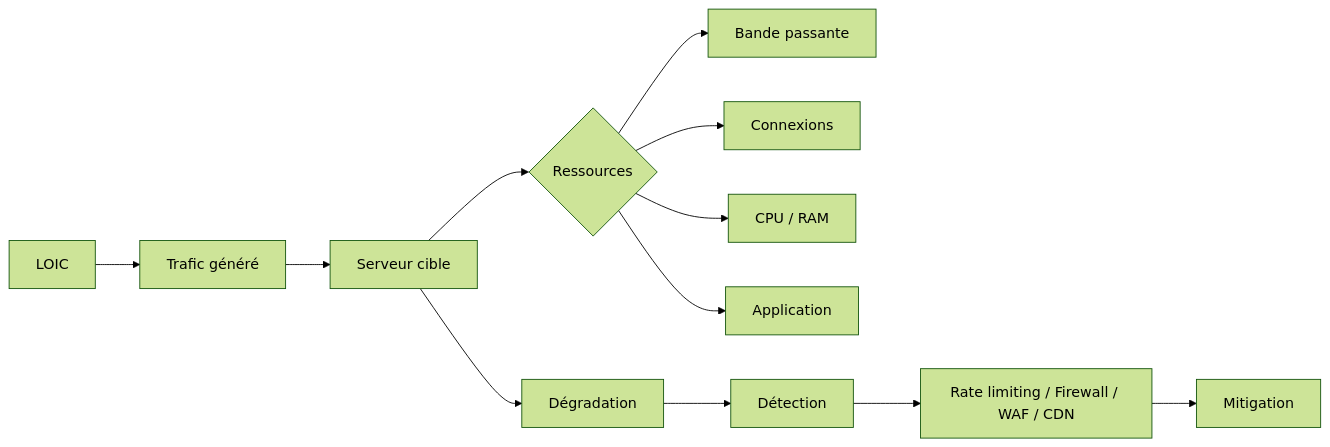
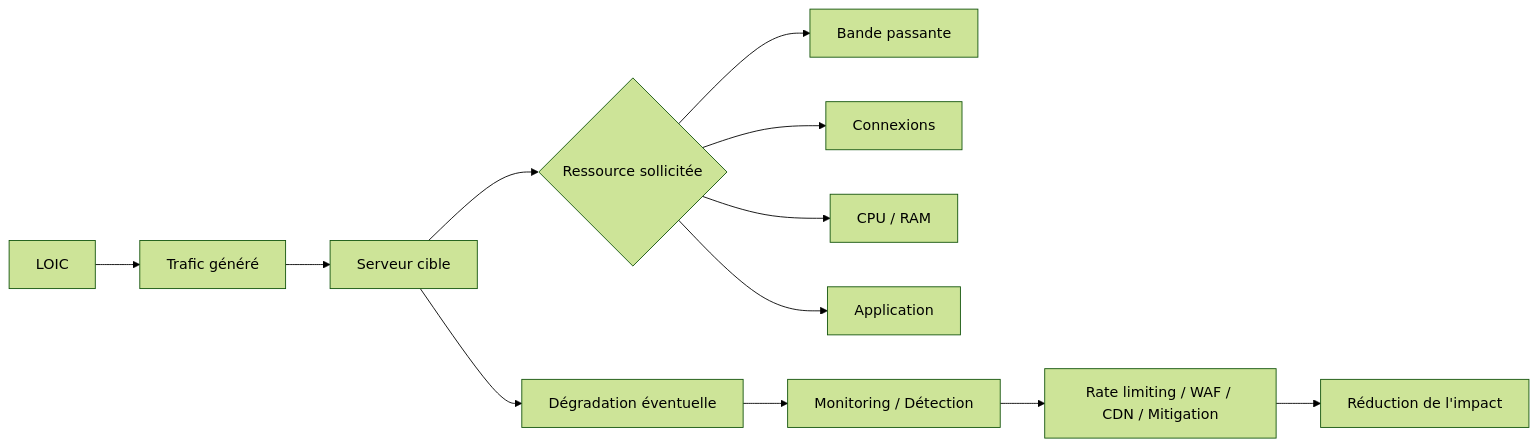
The diagram in LOIC/loic-dos.mmd (digitaleflex/cybersecurity-labs), drawn with Mermaid (forest theme) before and after one commit.

Commit message:
docs: update live reference for LOIC/loic-dos.mmd

```diff
--- a/LOIC/loic-dos.mmd
+++ b/LOIC/loic-dos.mmd
@@ -1,12 +1,12 @@
 flowchart LR
 A[LOIC] --> B[Trafic généré]
 B --> C[Serveur cible]
-C --> D{Ressources}
+C --> D{Ressource sollicitée}
 D --> E[Bande passante]
 D --> F[Connexions]
 D --> G[CPU / RAM]
 D --> H[Application]
-C --> I[Dégradation]
-I --> J[Détection]
-J --> K[Rate limiting / Firewall / WAF / CDN]
-K --> L[Mitigation]
+C --> I[Dégradation éventuelle]
+I --> J[Monitoring / Détection]
+J --> K[Rate limiting / WAF / CDN / Mitigation]
+K --> L[Réduction de l'impact]
```
